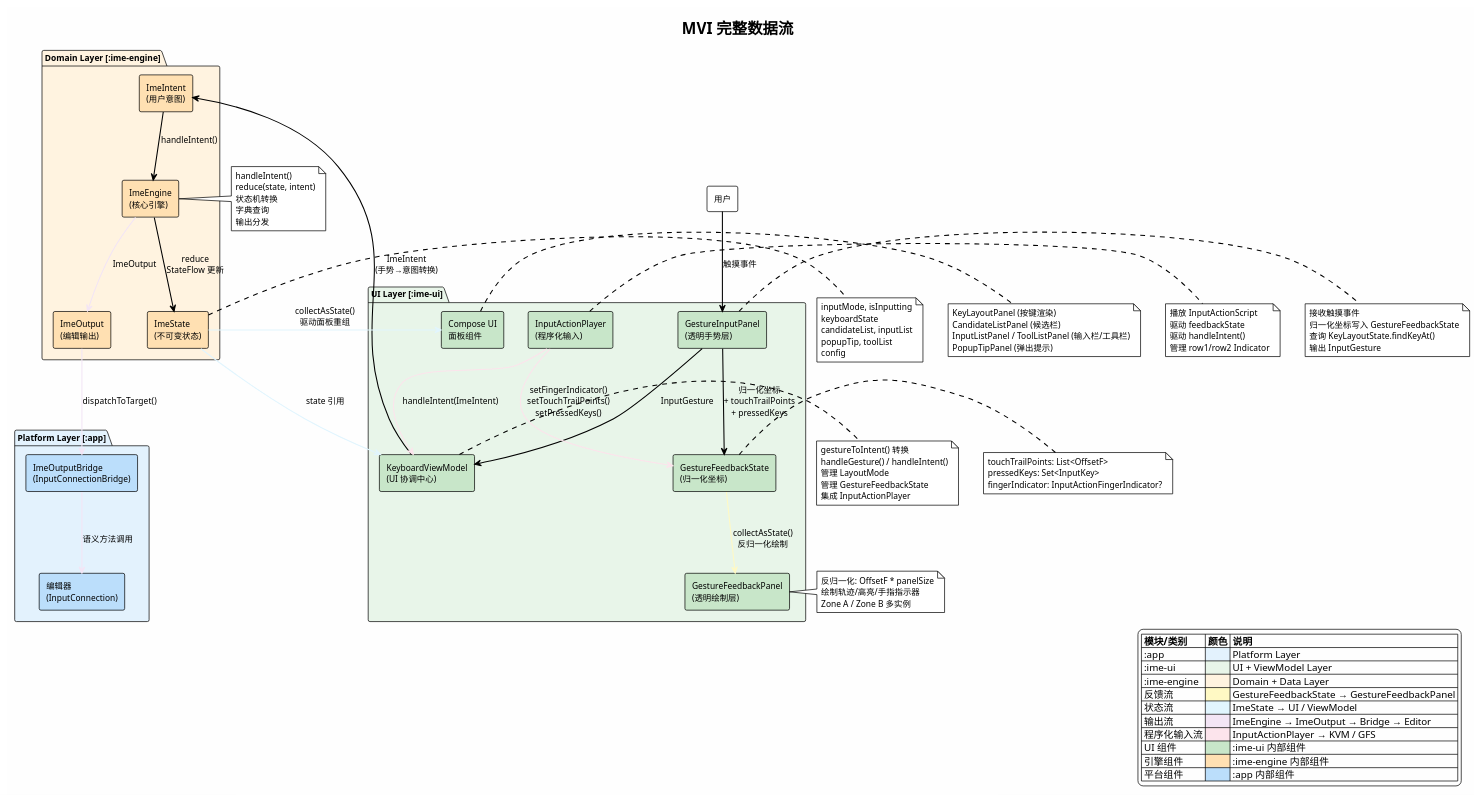
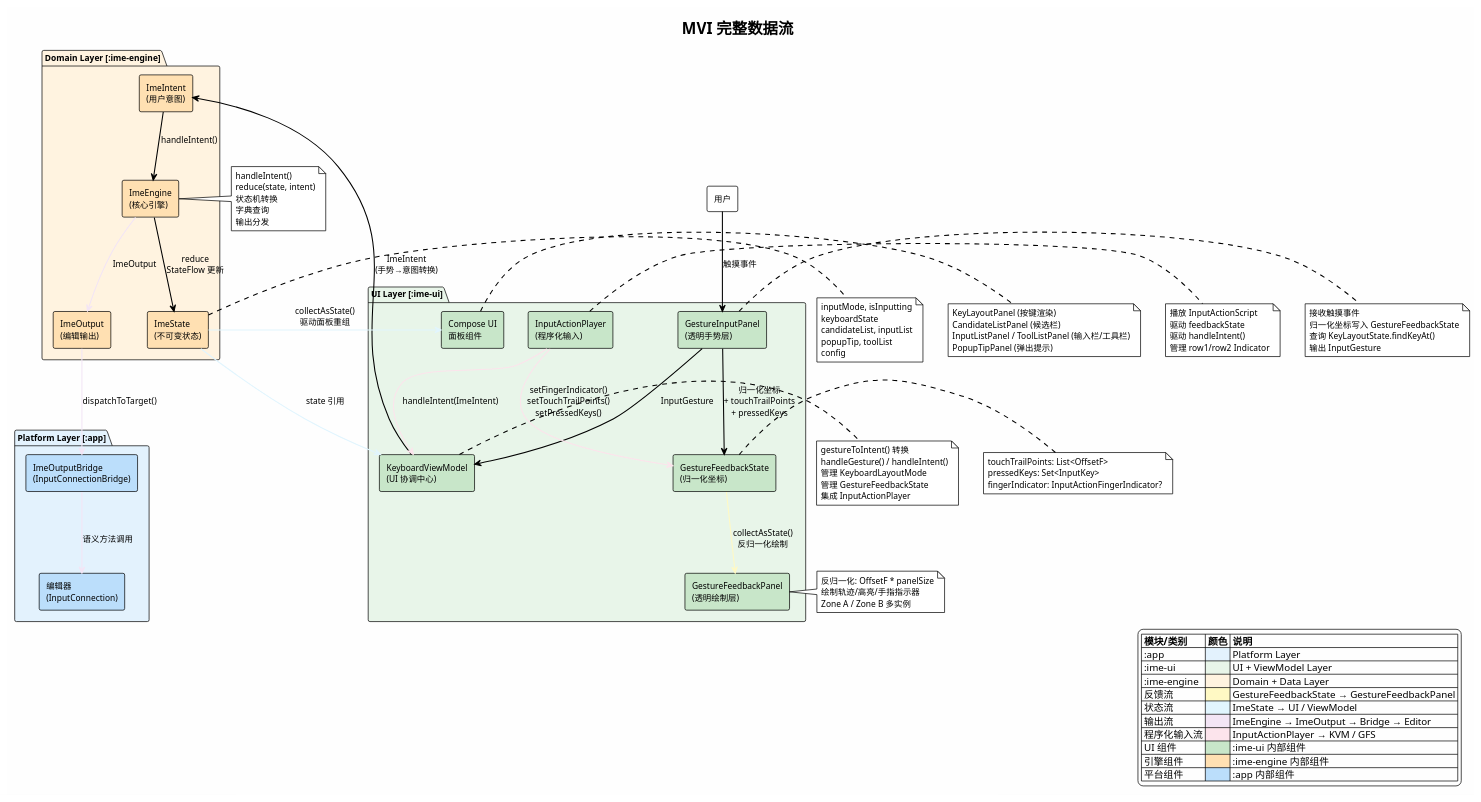
The diagram in docs/ai-agent/v4/design/diagrams/mvi-data-flow.puml (crazydan-studio/kuaizi-ime-android), drawn with PlantUML before and after one commit. The commit also changed 26 other files, not shown here.

```diff
--- a/docs/ai-agent/v4/design/diagrams/mvi-data-flow.puml
+++ b/docs/ai-agent/v4/design/diagrams/mvi-data-flow.puml
@@ -1,130 +1,130 @@
 @startuml mvi-data-flow
 allowmixing
 !theme plain
 skinparam backgroundColor #FEFEFE
 skinparam defaultFontSize 12
 skinparam arrowThickness 1.5
 
 title MVI 完整数据流
 
 legend right
   |= 模块/类别 |= 颜色 |= 说明 |
   | :app | <#E3F2FD> | Platform Layer |
   | :ime-ui | <#E8F5E9> | UI + ViewModel Layer |
   | :ime-engine | <#FFF3E0> | Domain + Data Layer |
   | 反馈流 | <#FFF9C4> | GestureFeedbackState → GestureFeedbackPanel |
   | 状态流 | <#E1F5FE> | ImeState → UI / ViewModel |
   | 输出流 | <#F3E5F5> | ImeEngine → ImeOutput → Bridge → Editor |
   | 程序化输入流 | <#FCE4EC> | InputActionPlayer → KVM / GFS |
   | UI 组件 | <#C8E6C9> | :ime-ui 内部组件 |
   | 引擎组件 | <#FFE0B2> | :ime-engine 内部组件 |
   | 平台组件 | <#BBDEFB> | :app 内部组件 |
 endlegend
 
 ' ===== 用户手势输入流（主流程） =====
 
 rectangle "用户" as User #FFFFFF
 
 package "UI Layer [:ime-ui]" #E8F5E9 {
   rectangle "GestureInputPanel\n(透明手势层)" as GIP #C8E6C9
   rectangle "KeyboardViewModel\n(UI 协调中心)" as KVM #C8E6C9
   rectangle "GestureFeedbackState\n(归一化坐标)" as GFS #C8E6C9
   rectangle "GestureFeedbackPanel\n(透明绘制层)" as GFP #C8E6C9
   rectangle "Compose UI\n面板组件" as UI #C8E6C9
   rectangle "InputActionPlayer\n(程序化输入)" as IAP #C8E6C9
 }
 
 package "Domain Layer [:ime-engine]" #FFF3E0 {
   rectangle "ImeEngine\n(核心引擎)" as IE #FFE0B2
   rectangle "ImeIntent\n(用户意图)" as II #FFE0B2
   rectangle "ImeState\n(不可变状态)" as IS #FFE0B2
   rectangle "ImeOutput\n(编辑输出)" as IO #FFE0B2
 }
 
 package "Platform Layer [:app]" #E3F2FD {
   rectangle "ImeOutputBridge\n(InputConnectionBridge)" as Bridge #BBDEFB
   rectangle "编辑器\n(InputConnection)" as Editor #BBDEFB
 }
 
 ' ===== 用户手势输入流 =====
 User -down-> GIP : 触摸事件
 GIP -down-> GFS : 归一化坐标\n+ touchTrailPoints\n+ pressedKeys
 GIP -down-> KVM : InputGesture
 KVM -down-> II : ImeIntent\n(手势→意图转换)
 II -down-> IE : handleIntent()
 IE -down-> IS : reduce\nStateFlow 更新
 
 ' ===== 反馈流 =====
 GFS -[#FFF9C4]-> GFP : collectAsState()\n反归一化绘制
 
 ' ===== 状态流 =====
 IS -[#E1F5FE]-> UI : collectAsState()\n驱动面板重组
 IS -[#E1F5FE]-> KVM : state 引用
 
 ' ===== 输出流 =====
 IE -[#F3E5F5]-> IO : ImeOutput
 IO -[#F3E5F5]-> Bridge : dispatchToTarget()
 Bridge -[#F3E5F5]-> Editor : 语义方法调用
 
 ' ===== 程序化输入流 =====
 IAP -[#FCE4EC]-> KVM : handleIntent(ImeIntent)
 IAP -[#FCE4EC]-> GFS : setFingerIndicator()\nsetTouchTrailPoints()\nsetPressedKeys()
 
 note right of GIP
   接收触摸事件
   归一化坐标写入 GestureFeedbackState
   查询 KeyLayoutState.findKeyAt()
   输出 InputGesture
 end note
 
 note right of KVM
   gestureToIntent() 转换
   handleGesture() / handleIntent()
-  管理 LayoutMode
+  管理 KeyboardLayoutMode
   管理 GestureFeedbackState
   集成 InputActionPlayer
 end note
 
 note right of GFS
   touchTrailPoints: List<OffsetF>
   pressedKeys: Set<InputKey>
   fingerIndicator: InputActionFingerIndicator?
 end note
 
 note right of GFP
   反归一化: OffsetF * panelSize
   绘制轨迹/高亮/手指指示器
   Zone A / Zone B 多实例
 end note
 
 note right of UI
   KeyLayoutPanel (按键渲染)
   CandidateListPanel (候选栏)
   InputListPanel / ToolListPanel (输入栏/工具栏)
   PopupTipPanel (弹出提示)
 end note
 
 note right of IAP
   播放 InputActionScript
   驱动 feedbackState
   驱动 handleIntent()
   管理 row1/row2 Indicator
 end note
 
 note right of IE
   handleIntent()
   reduce(state, intent)
   状态机转换
   字典查询
   输出分发
 end note
 
 note right of IS
   inputMode, isInputting
   keyboardState
   candidateList, inputList
   popupTip, toolList
   config
 end note
 
 @enduml
```
